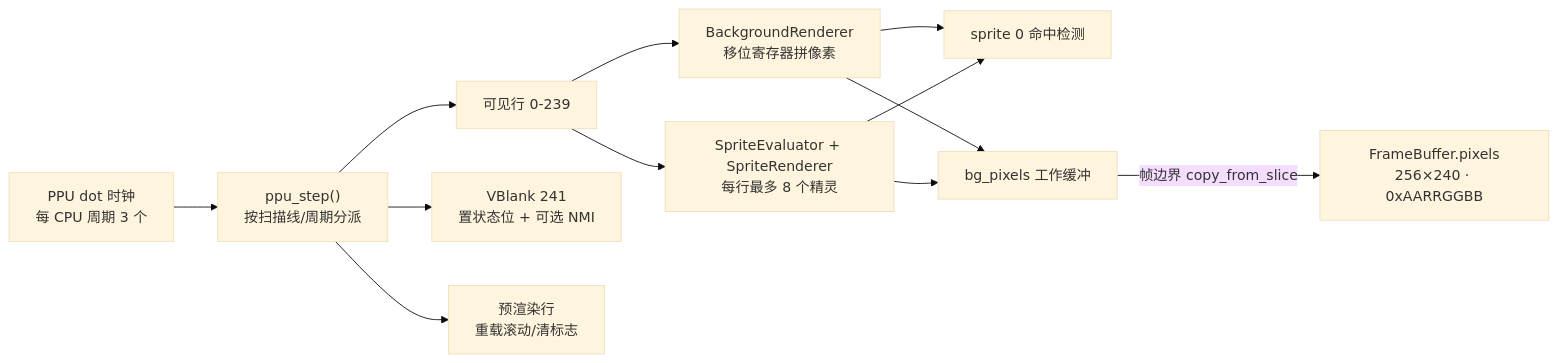
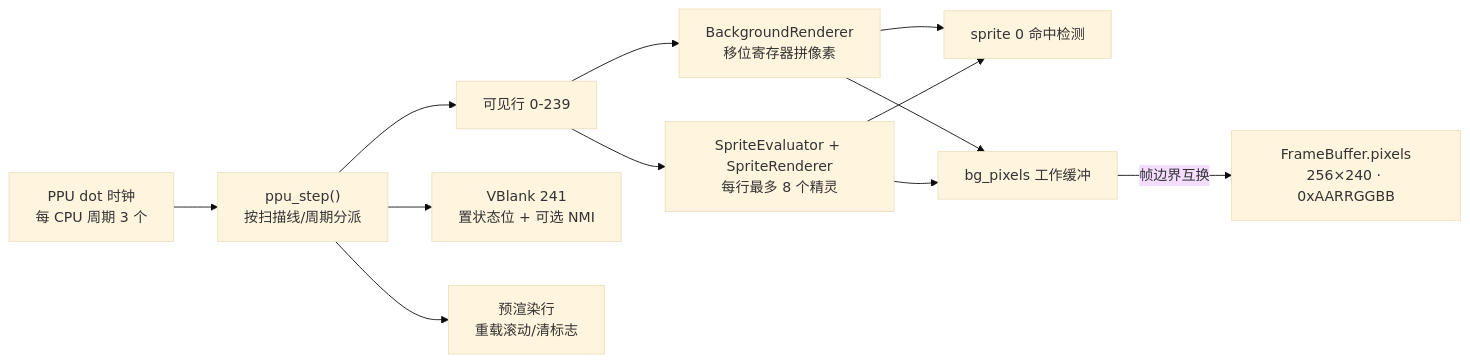
The fifth of 13 diagrams in docs/architecture.zh-CN.md (YufJi/nes-emulator), drawn with Mermaid (base theme) before and after one commit. The commit also changed other lines of this file and 6 other files, not shown here.

````diff
--- a/docs/architecture.zh-CN.md
+++ b/docs/architecture.zh-CN.md
@@ -314,15 +313,15 @@
 ```mermaid
 flowchart LR
     Dot["PPU dot 时钟<br/>每 CPU 周期 3 个"] --> Step["ppu_step()<br/>按扫描线/周期分派"]
     Step --> Visible["可见行 0-239"]
     Step --> Vblank["VBlank 241<br/>置状态位 + 可选 NMI"]
     Step --> Pre["预渲染行<br/>重载滚动/清标志"]
 
     Visible --> BG["BackgroundRenderer<br/>移位寄存器拼像素"]
     Visible --> Sprites["SpriteEvaluator + SpriteRenderer<br/>每行最多 8 个精灵"]
     BG --> Hit["sprite 0 命中检测"]
     Sprites --> Hit
     BG --> Buf["bg_pixels 工作缓冲"]
     Sprites --> Buf
-    Buf -->|帧边界 copy_from_slice| Fb["FrameBuffer.pixels<br/>256×240 · 0xAARRGGBB"]
+    Buf -->|帧边界互换| Fb["FrameBuffer.pixels<br/>256×240 · 0xAARRGGBB"]
 ```
````
